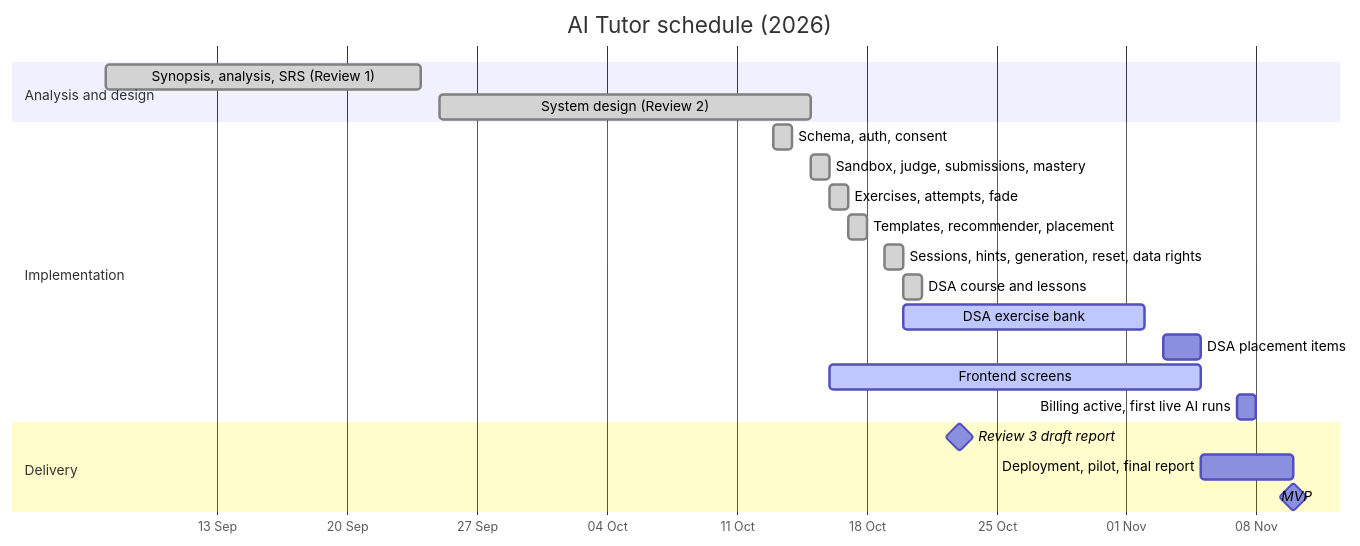
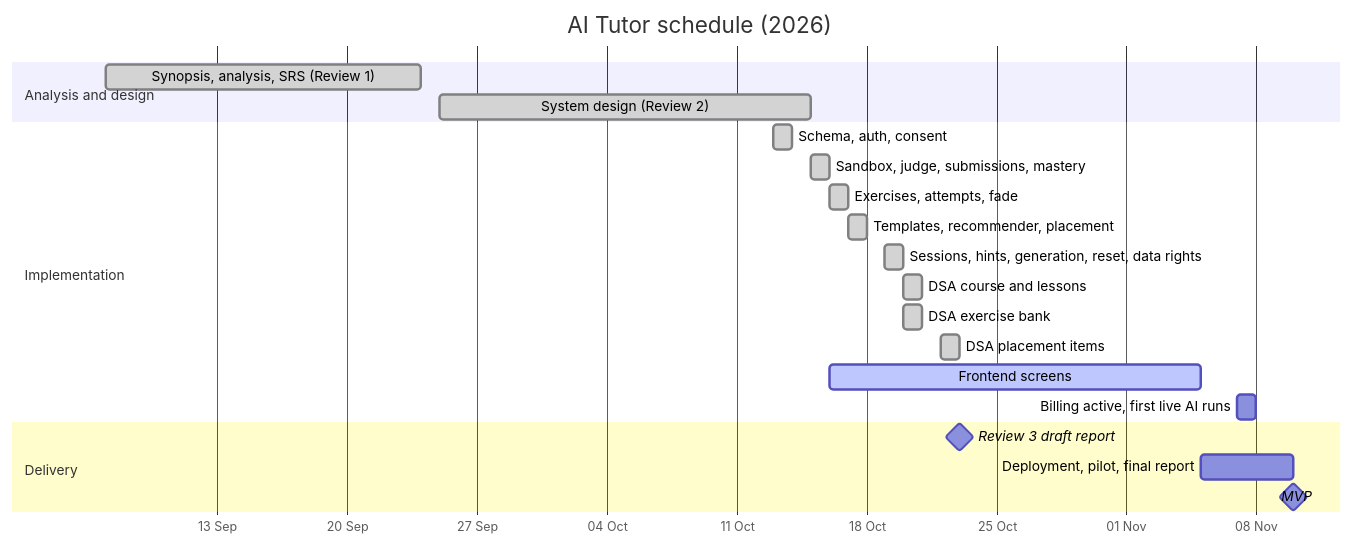
The first of 27 diagrams in DOCS/phase-3/MP3-Draft-Report.md (Nidanos/ai-tutor-platform), drawn with Mermaid before and after one commit. The commit also changed other lines of this file and 1 other file, not shown here.

Commit message:
docs: update the phase 3 report for the complete DSA bank and placement test

````diff
--- a/DOCS/phase-3/MP3-Draft-Report.md
+++ b/DOCS/phase-3/MP3-Draft-Report.md
@@ -342,24 +343,24 @@
 ```mermaid
 gantt
   title AI Tutor schedule (2026)
   dateFormat YYYY-MM-DD
   axisFormat %d %b
   section Analysis and design
   Synopsis, analysis, SRS (Review 1)   :done, a, 2026-09-07, 2026-09-24
   System design (Review 2)             :done, b, 2026-09-25, 2026-10-15
   section Implementation
   Schema, auth, consent                :done, c, 2026-10-13, 2026-10-14
   Sandbox, judge, submissions, mastery :done, e, 2026-10-15, 2026-10-16
   Exercises, attempts, fade            :done, g, 2026-10-16, 1d
   Templates, recommender, placement    :done, j, 2026-10-17, 2026-10-18
   Sessions, hints, generation, reset, data rights :done, l, 2026-10-19, 1d
   DSA course and lessons               :done, r, 2026-10-20, 1d
-  DSA exercise bank                    :active, s, 2026-10-20, 2026-11-02
-  DSA placement items                  :t, 2026-11-03, 2026-11-05
+  DSA exercise bank                    :done, s, 2026-10-20, 2026-10-21
+  DSA placement items                  :done, t, 2026-10-22, 1d
   Frontend screens                     :active, h, 2026-10-16, 2026-11-05
   Billing active, first live AI runs   :i, 2026-11-07, 2026-11-08
   section Delivery
   Review 3 draft report                :milestone, 2026-10-23, 0d
   Deployment, pilot, final report      :k, 2026-11-05, 2026-11-10
   MVP                                  :milestone, 2026-11-10, 0d
 ```
````
